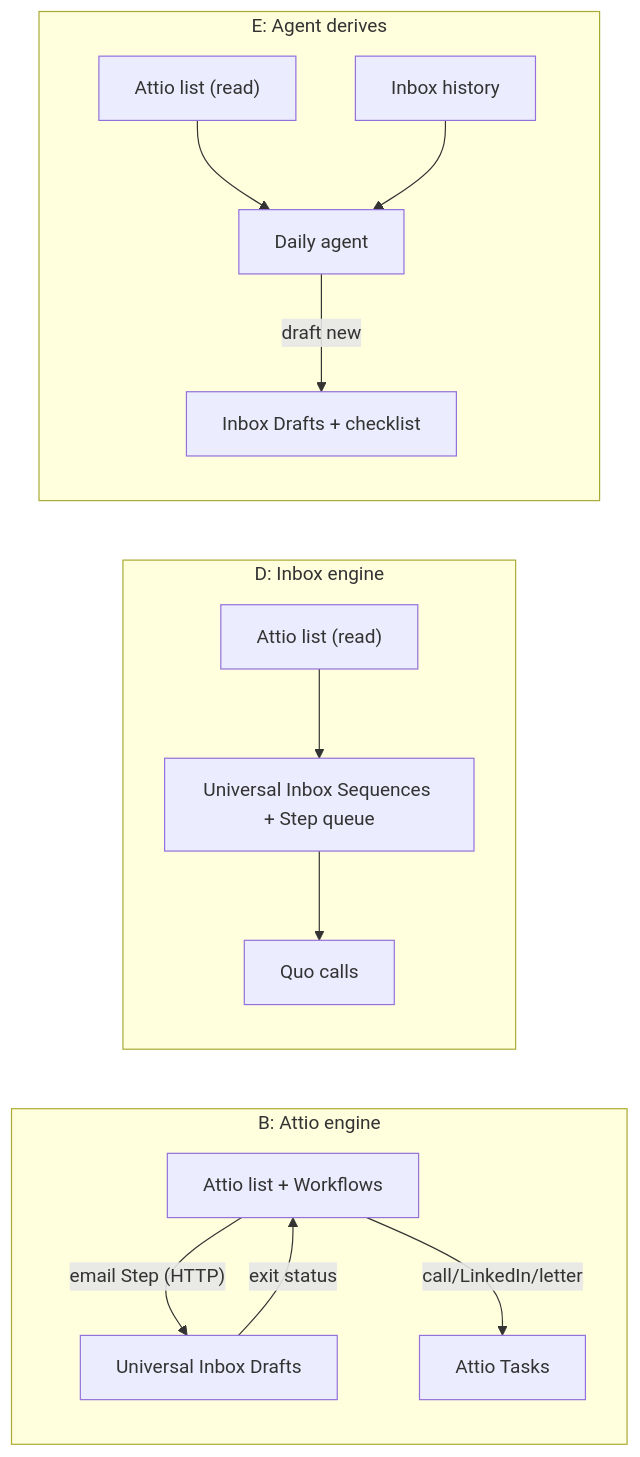
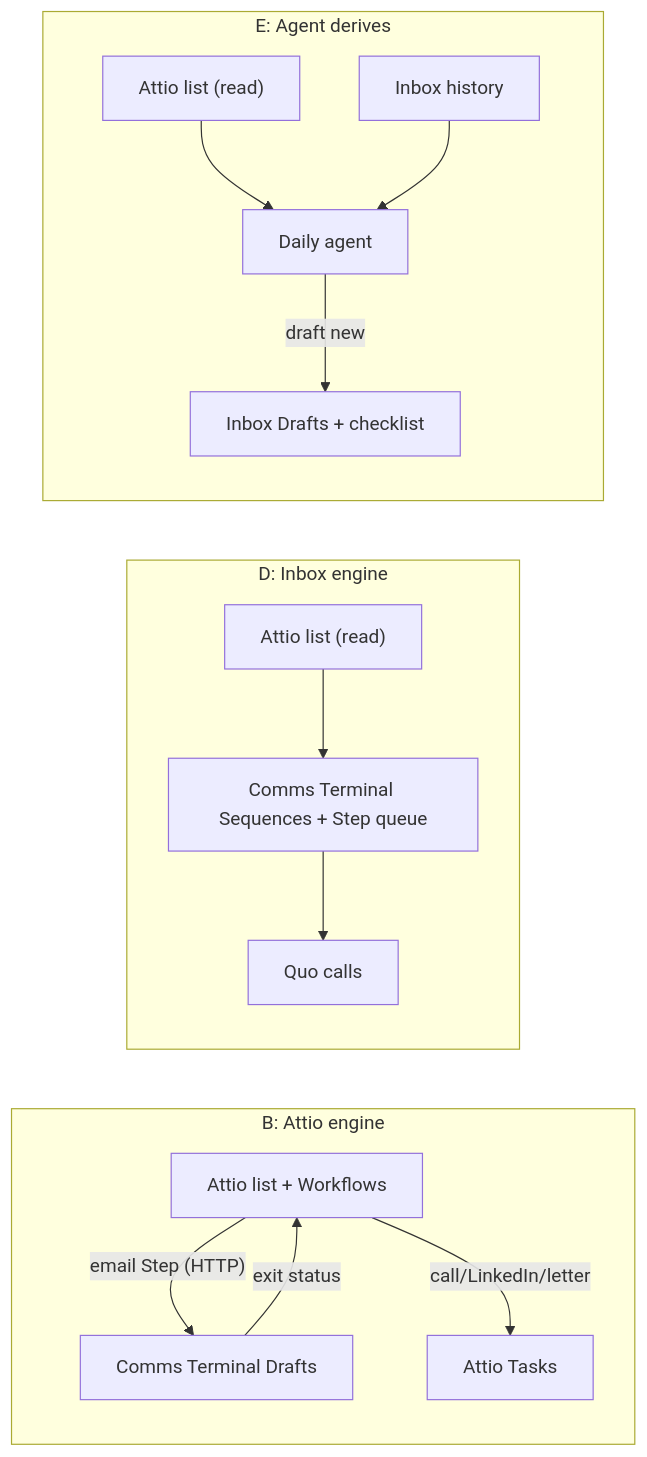
The first of 4 diagrams in .agents/discovery/2026-10-15-attio-sequences.md (JMLegere/comms-terminal), drawn with Mermaid before and after one commit. The commit also changed other lines of this file and 181 other files, not shown here.

First line of the commit message:
Rename: Universal Inbox is now Comms Terminal

````diff
--- a/.agents/discovery/2026-10-15-attio-sequences.md
+++ b/.agents/discovery/2026-10-15-attio-sequences.md
@@ -226,17 +226,17 @@
 ```mermaid
 flowchart LR
   subgraph B["B: Attio engine"]
-    BA["Attio list + Workflows"] -->|"email Step (HTTP)"| BI["Universal Inbox Drafts"]
+    BA["Attio list + Workflows"] -->|"email Step (HTTP)"| BI["Comms Terminal Drafts"]
     BA -->|"call/LinkedIn/letter"| BT["Attio Tasks"]
     BI -->|"exit status"| BA
   end
   subgraph D["D: Inbox engine"]
-    DA["Attio list (read)"] --> DI["Universal Inbox Sequences + Step queue"]
+    DA["Attio list (read)"] --> DI["Comms Terminal Sequences + Step queue"]
     DI --> DQ["Quo calls"]
   end
   subgraph E["E: Agent derives"]
     EA["Attio list (read)"] --> EG["Daily agent"]
     EH["Inbox history"] --> EG
     EG -->|"draft new"| EI["Inbox Drafts + checklist"]
   end
 ```
````
